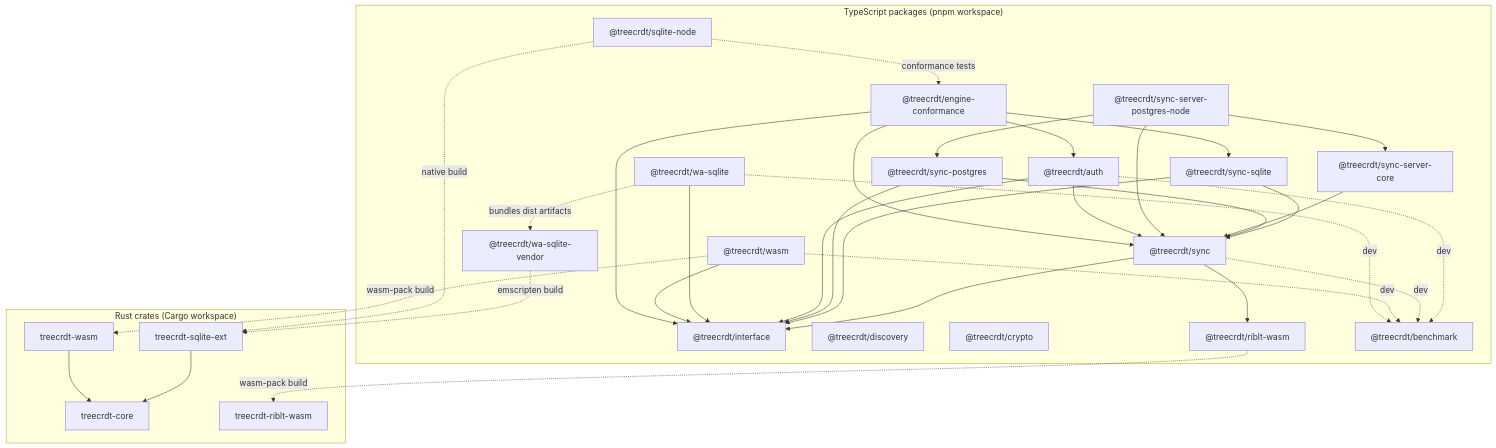
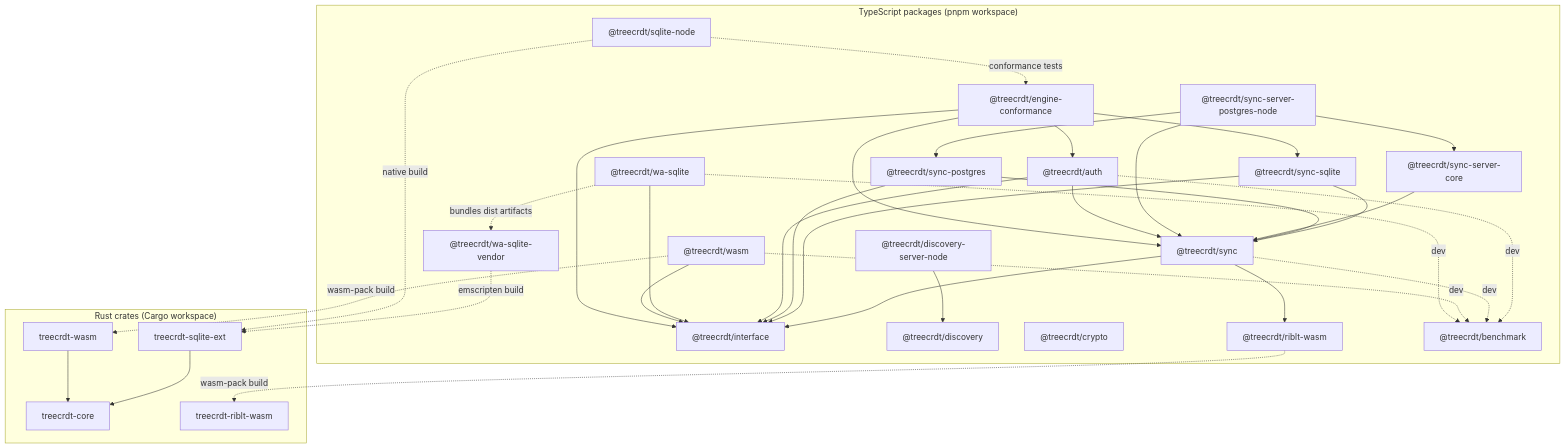
One commit to cybersemics/treecrdt changed the diagram in docs/ARCHITECTURE.md. Above: the diagram before and after it, drawn with Mermaid. The commit also changed 1 other file, not shown here.

Commit message:
chore(discovery): trim bootstrap cleanup diff

````diff
--- a/docs/ARCHITECTURE.md
+++ b/docs/ARCHITECTURE.md
@@ -18,67 +18,69 @@
 ```mermaid
 flowchart TD
   %% Rust crates (Cargo workspace)
   subgraph Rust["Rust crates (Cargo workspace)"]
     core_crate["treecrdt-core"]
     sqlite_ext_crate["treecrdt-sqlite-ext"]
     wasm_crate["treecrdt-wasm"]
     riblt_crate["treecrdt-riblt-wasm"]
 
     sqlite_ext_crate --> core_crate
     wasm_crate --> core_crate
   end
 
   %% TypeScript packages (pnpm workspace)
   subgraph TS["TypeScript packages (pnpm workspace)"]
     iface["@treecrdt/interface"]
     discovery["@treecrdt/discovery"]
+    discovery_server["@treecrdt/discovery-server-node"]
     sync_core["@treecrdt/sync"]
     sync_sqlite["@treecrdt/sync-sqlite"]
     sync_postgres["@treecrdt/sync-postgres"]
     sync_server_core["@treecrdt/sync-server-core"]
     sync_server_pg["@treecrdt/sync-server-postgres-node"]
     auth["@treecrdt/auth"]
     crypto["@treecrdt/crypto"]
     wa_vendor["@treecrdt/wa-sqlite-vendor"]
     wa["@treecrdt/wa-sqlite"]
     wasm_pkg["@treecrdt/wasm"]
     riblt_pkg["@treecrdt/riblt-wasm"]
     sqlite_node["@treecrdt/sqlite-node"]
     conformance["@treecrdt/engine-conformance"]
     bench["@treecrdt/benchmark"]
   end
 
   %% Runtime dependencies
   sync_core --> iface
+  discovery_server --> discovery
   sync_core --> riblt_pkg
   sync_sqlite --> sync_core
   sync_sqlite --> iface
   sync_postgres --> sync_core
   sync_postgres --> iface
   sync_server_core --> sync_core
   sync_server_pg --> sync_core
   sync_server_pg --> sync_postgres
   sync_server_pg --> sync_server_core
   auth --> iface
   auth --> sync_core
   wa --> iface
   wasm_pkg --> iface
   conformance --> auth
   conformance --> sync_core
   conformance --> sync_sqlite
   conformance --> iface
 
   %% Build-time connections (how artifacts are produced)
   riblt_pkg -. wasm-pack build .-> riblt_crate
   wasm_pkg -. wasm-pack build .-> wasm_crate
   wa_vendor -. emscripten build .-> sqlite_ext_crate
   sqlite_node -. native build .-> sqlite_ext_crate
   wa -. bundles dist artifacts .-> wa_vendor
 
   %% Dev/test relationships (kept out of runtime deps)
   auth -. dev .-> bench
   sync_core -. dev .-> bench
   wasm_pkg -. dev .-> bench
   wa -. dev .-> bench
   sqlite_node -. conformance tests .-> conformance
 ```
````
